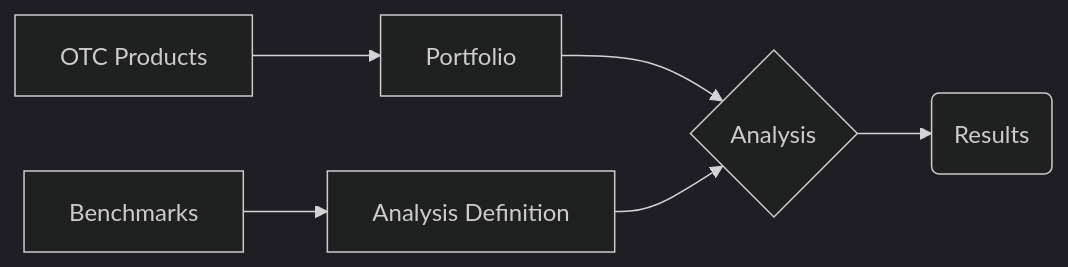
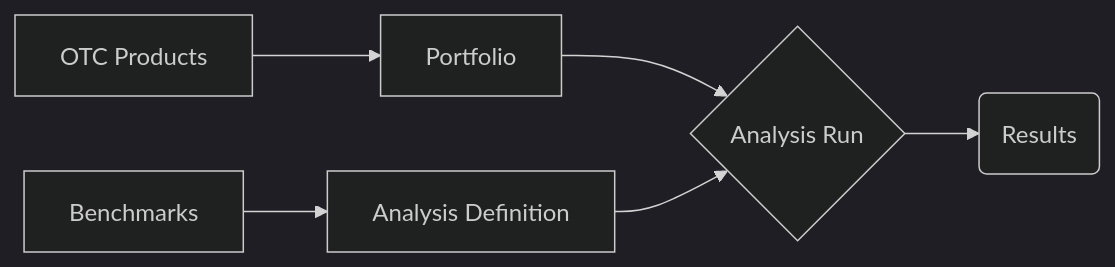
The first of 2 diagrams in posts/240512_exit_stack/index.qmd (bwrob/bwrob.github.io), drawn with Mermaid (dark theme) before and after one commit. The commit also changed other lines of this file and 6 other files, not shown here.

````diff
--- a/posts/240512_exit_stack/index.qmd
+++ b/posts/240512_exit_stack/index.qmd
@@ -31,8 +31,8 @@
 ```{mermaid}
 flowchart LR
   A[OTC Products] --> B[Portfolio]
-  B --> C{Analysis}
+  B --> C{Analysis Run}
   D[Benchmarks] --> E[Analysis Definition]
   E --> C
   C --> F(Results)
 ```
````
